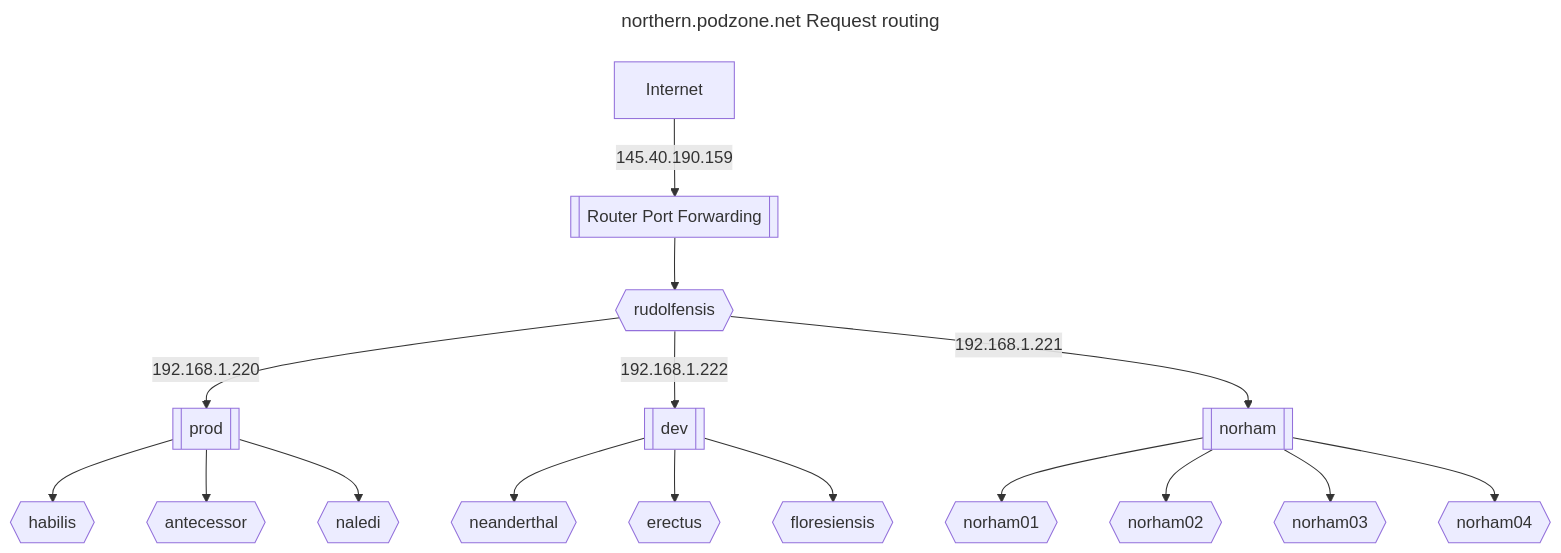
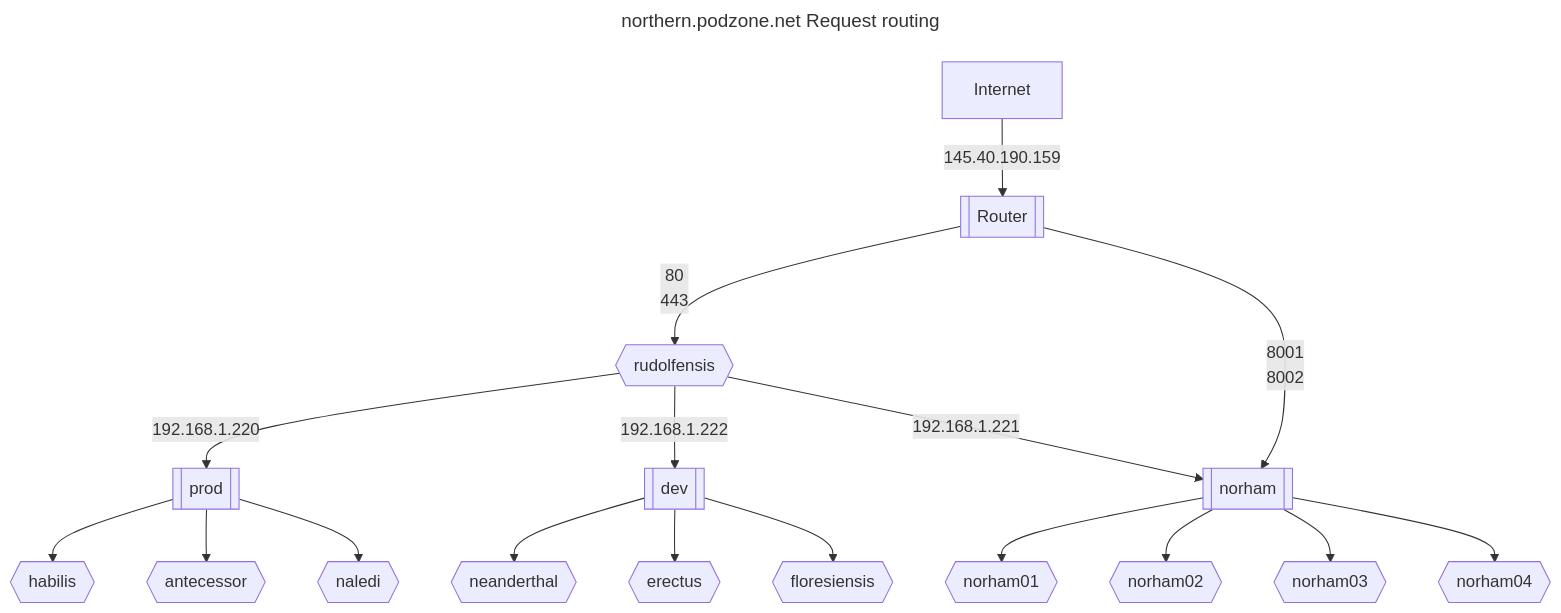
The diagram in docs/technicalProxy.md (MoTTTT/podzone), drawn with Mermaid before and after one commit. The commit also changed 5 other files, not shown here.

````diff
--- a/docs/technicalProxy.md
+++ b/docs/technicalProxy.md
@@ -19,39 +19,40 @@
 ```mermaid
 ---
 title: northern.podzone.net Request routing
 ---
 graph TD
 
 Internet --145.40.190.159  --> router
-router --> dmz
+router -- 80\n443 --> dmz
+router -- 8001\n8002 --> metallb3
 dmz -- 192.168.1.220 --> metallb1
 dmz -- 192.168.1.222 --> metallb2
 dmz -- 192.168.1.221 --> metallb3
 
 metallb1 --> k8s01
 metallb1 --> k8s02
 metallb1 --> k8s03
 metallb2 --> k8s04
 metallb2 --> k8s05
 metallb2 --> k8s06
 metallb3 --> k8s07
 metallb3 --> k8s08
 metallb3 --> k8s09
 metallb3 --> k8s10
 
 metallb1[[prod]]
 metallb2[[dev]]
 metallb3[[norham]]
-router[[Router Port Forwarding]]
+router[[Router]]
 dmz{{rudolfensis}}
 k8s01{{habilis}}
 k8s02{{antecessor}}
 k8s03{{naledi}}
 k8s04{{neanderthal}}
 k8s05{{erectus}}
 k8s06{{floresiensis}}
 k8s07{{norham01}}
 k8s08{{norham02}}
 k8s09{{norham03}}
 k8s10{{norham04}}
 ```
````
